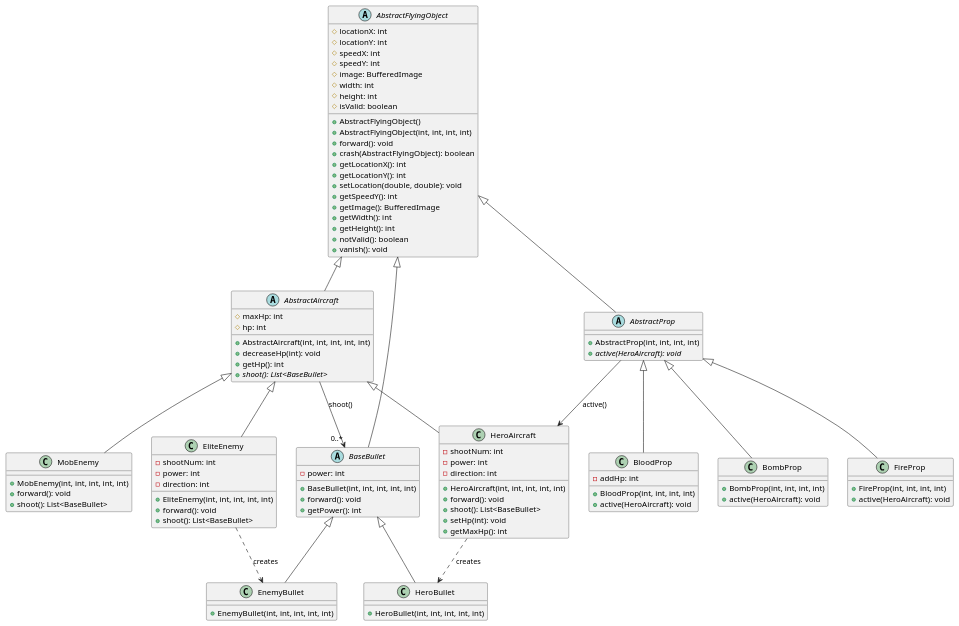
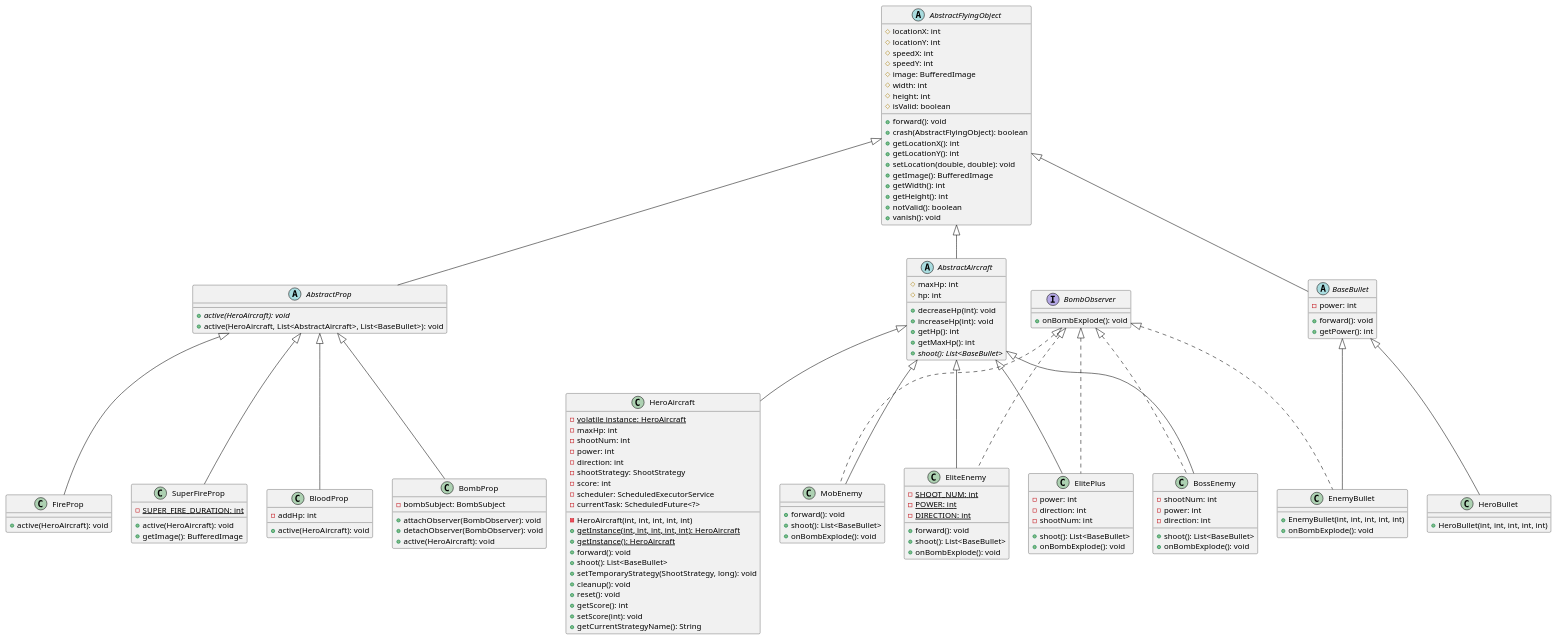
The diagram in uml/Inheritence.puml (Zttxxy/aircraftwar2025), drawn with PlantUML before and after one commit. The commit also changed 13 other files, not shown here.

```diff
--- a/uml/Inheritence.puml
+++ b/uml/Inheritence.puml
@@ -1,129 +1,174 @@
 @startuml
-'https://plantuml.com/class-diagram
+
+interface BombObserver {
+  + onBombExplode(): void
+}
 
 abstract class AbstractFlyingObject {
   # locationX: int
   # locationY: int
   # speedX: int
   # speedY: int
   # image: BufferedImage
   # width: int
   # height: int
   # isValid: boolean
 
-  + AbstractFlyingObject()
-  + AbstractFlyingObject(int, int, int, int)
   + forward(): void
   + crash(AbstractFlyingObject): boolean
   + getLocationX(): int
   + getLocationY(): int
   + setLocation(double, double): void
-  + getSpeedY(): int
   + getImage(): BufferedImage
   + getWidth(): int
   + getHeight(): int
   + notValid(): boolean
   + vanish(): void
 }
 
 abstract class AbstractAircraft {
   # maxHp: int
   # hp: int
 
-  + AbstractAircraft(int, int, int, int, int)
   + decreaseHp(int): void
+  + increaseHp(int): void
   + getHp(): int
+  + getMaxHp(): int
   + {abstract} shoot(): List<BaseBullet>
-}
-
-class HeroAircraft {
-  - shootNum: int
-  - power: int
-  - direction: int
-
-  + HeroAircraft(int, int, int, int, int)
-  + forward(): void
-  + shoot(): List<BaseBullet>
-  + setHp(int): void
-  + getMaxHp(): int
-}
-
-class EliteEnemy {
-  - shootNum: int
-  - power: int
-  - direction: int
-
-  + EliteEnemy(int, int, int, int, int)
-  + forward(): void
-  + shoot(): List<BaseBullet>
-}
-
-class MobEnemy {
-  + MobEnemy(int, int, int, int, int)
-  + forward(): void
-  + shoot(): List<BaseBullet>
 }
 
 abstract class BaseBullet {
   - power: int
 
-  + BaseBullet(int, int, int, int, int)
   + forward(): void
   + getPower(): int
 }
+
+abstract class AbstractProp {
+  + {abstract} active(HeroAircraft): void
+  + active(HeroAircraft, List<AbstractAircraft>, List<BaseBullet>): void
+}
+
+' 飞机类继承关系
+AbstractFlyingObject <|-- AbstractAircraft
+
+class HeroAircraft {
+  - {static} volatile instance: HeroAircraft
+  - maxHp: int
+  - shootNum: int
+  - power: int
+  - direction: int
+  - shootStrategy: ShootStrategy
+  - score: int
+  - scheduler: ScheduledExecutorService
+  - currentTask: ScheduledFuture<?>
+
+  - HeroAircraft(int, int, int, int, int)
+  + {static} getInstance(int, int, int, int, int): HeroAircraft
+  + {static} getInstance(): HeroAircraft
+  + forward(): void
+  + shoot(): List<BaseBullet>
+  + setTemporaryStrategy(ShootStrategy, long): void
+  + cleanup(): void
+  + reset(): void
+  + getScore(): int
+  + setScore(int): void
+  + getCurrentStrategyName(): String
+}
+
+class MobEnemy {
+  + forward(): void
+  + shoot(): List<BaseBullet>
+  + onBombExplode(): void
+}
+
+class EliteEnemy {
+  - {static} SHOOT_NUM: int
+  - {static} POWER: int
+  - {static} DIRECTION: int
+
+  + forward(): void
+  + shoot(): List<BaseBullet>
+  + onBombExplode(): void
+}
+
+class ElitePlus {
+  - power: int
+  - direction: int
+  - shootNum: int
+
+  + shoot(): List<BaseBullet>
+  + onBombExplode(): void
+}
+
+class BossEnemy {
+  - shootNum: int
+  - power: int
+  - direction: int
+
+  + shoot(): List<BaseBullet>
+  + onBombExplode(): void
+}
+
+AbstractAircraft <|-- HeroAircraft
+AbstractAircraft <|-- MobEnemy
+AbstractAircraft <|-- EliteEnemy
+AbstractAircraft <|-- ElitePlus
+AbstractAircraft <|-- BossEnemy
+
+' 子弹类继承关系
+AbstractFlyingObject <|-- BaseBullet
 
 class HeroBullet {
   + HeroBullet(int, int, int, int, int)
 }
 
 class EnemyBullet {
   + EnemyBullet(int, int, int, int, int)
+  + onBombExplode(): void
 }
 
-abstract class AbstractProp {
-  + AbstractProp(int, int, int, int)
-  + {abstract} active(HeroAircraft): void
-}
+BaseBullet <|-- HeroBullet
+BaseBullet <|-- EnemyBullet
+
+' 道具类继承关系
+AbstractFlyingObject <|-- AbstractProp
 
 class BloodProp {
   - addHp: int
 
-  + BloodProp(int, int, int, int)
   + active(HeroAircraft): void
 }
 
 class BombProp {
-  + BombProp(int, int, int, int)
+  - bombSubject: BombSubject
+
+  + attachObserver(BombObserver): void
+  + detachObserver(BombObserver): void
   + active(HeroAircraft): void
 }
 
 class FireProp {
-  + FireProp(int, int, int, int)
   + active(HeroAircraft): void
 }
 
-' 继承关系
-AbstractFlyingObject <|-- AbstractAircraft
-AbstractFlyingObject <|-- BaseBullet
-AbstractFlyingObject <|-- AbstractProp
+class SuperFireProp {
+  - {static} SUPER_FIRE_DURATION: int
 
-AbstractAircraft <|-- HeroAircraft
-AbstractAircraft <|-- EliteEnemy
-AbstractAircraft <|-- MobEnemy
-
-BaseBullet <|-- HeroBullet
-BaseBullet <|-- EnemyBullet
+  + active(HeroAircraft): void
+  + getImage(): BufferedImage
+}
 
 AbstractProp <|-- BloodProp
 AbstractProp <|-- BombProp
 AbstractProp <|-- FireProp
+AbstractProp <|-- SuperFireProp
 
-' 关联关系
-AbstractAircraft --> "0..*" BaseBullet : shoot()
-AbstractProp --> HeroAircraft : active()
-
-' 依赖关系
-HeroAircraft ..> HeroBullet : creates
-EliteEnemy ..> EnemyBullet : creates
+' 接口实现关系
+BombObserver <|.. MobEnemy
+BombObserver <|.. EliteEnemy
+BombObserver <|.. ElitePlus
+BombObserver <|.. BossEnemy
+BombObserver <|.. EnemyBullet
 
 @enduml
```
